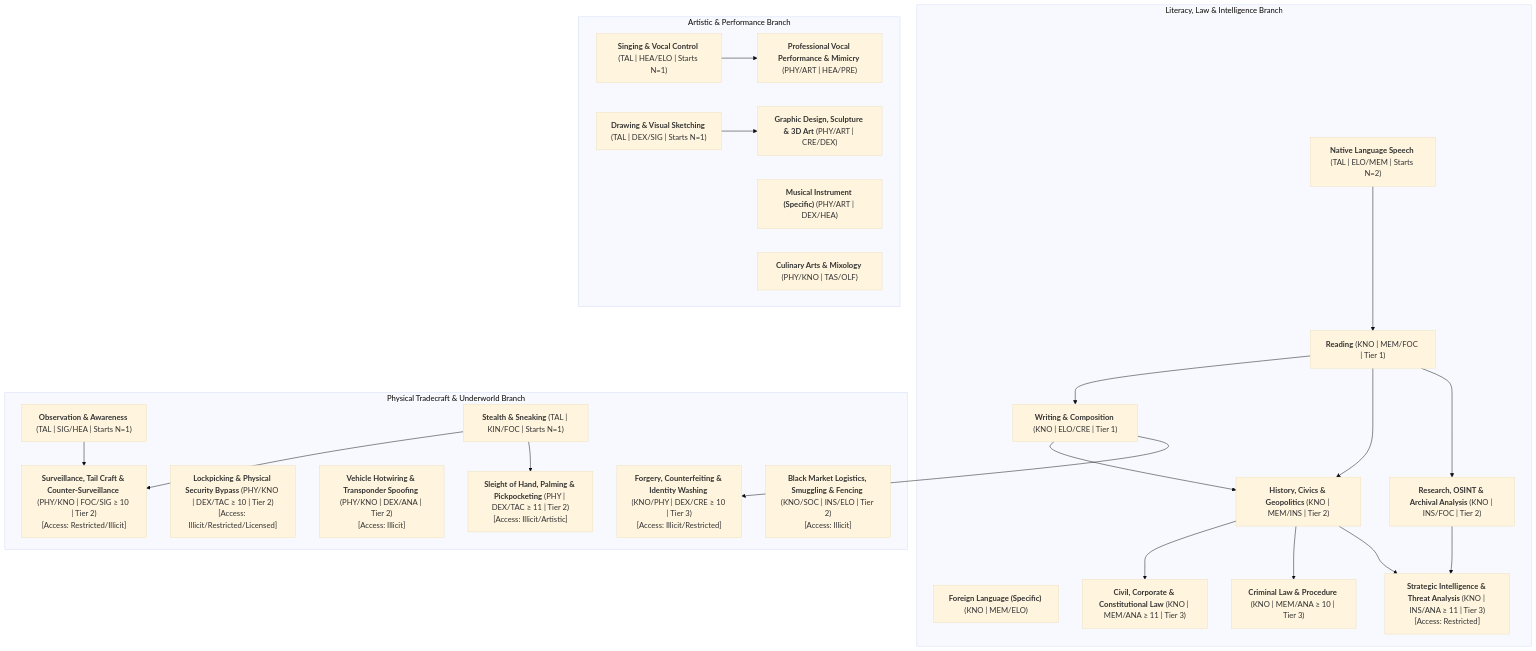
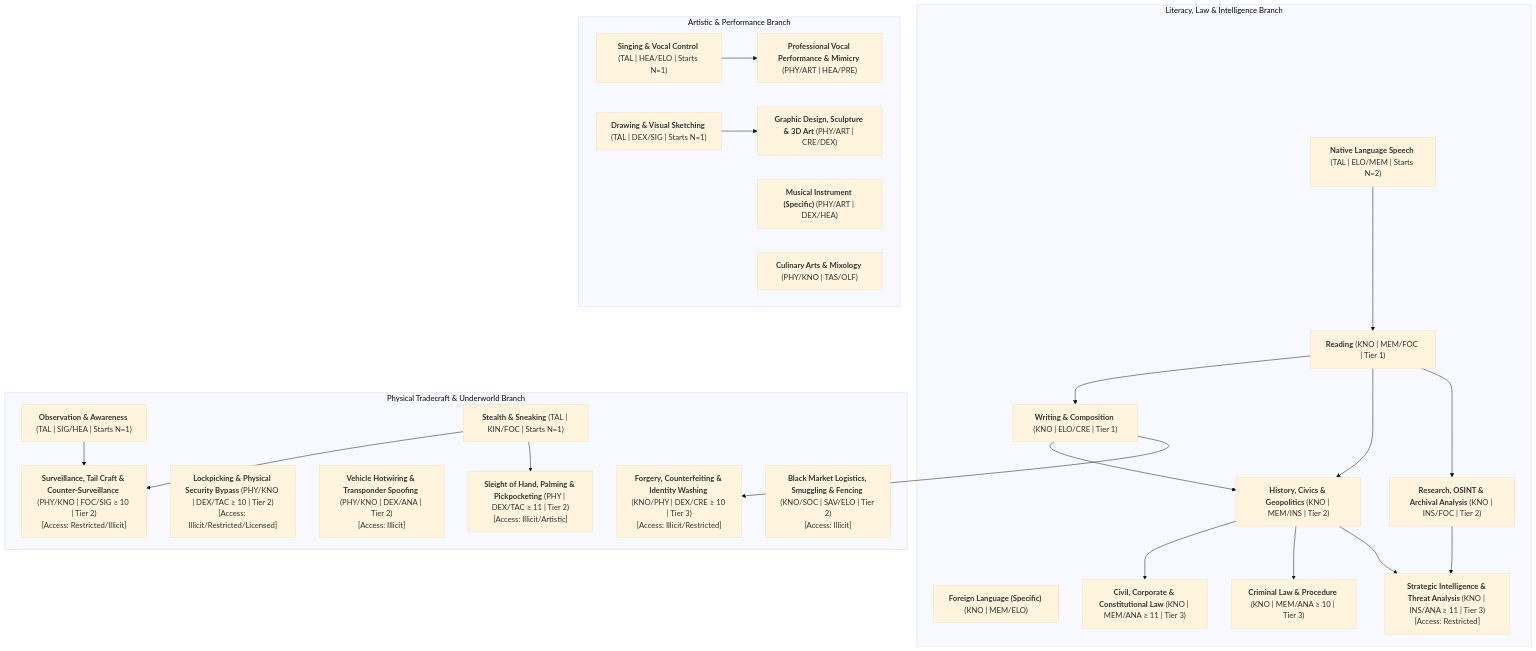
One commit to rarebreed/satya changed the fourth of 4 diagrams in docs/ttrpg/03-character/skills_trees_tactical_and_social.md. Above: the diagram before and after it, drawn with Mermaid (base theme). The commit also changed other lines of this file and 59 other files, not shown here.

````diff
--- a/docs/ttrpg/03-character/skills_trees_tactical_and_social.md
+++ b/docs/ttrpg/03-character/skills_trees_tactical_and_social.md
@@ -251,52 +251,52 @@
 ```mermaid
 flowchart TD
     subgraph LiteracyHumanities["Literacy, Law & Intelligence Branch"]
         Speech["<b>Native Language Speech</b> (TAL | ELO/MEM | Starts N=2)"]
         Read["<b>Reading</b> (KNO | MEM/FOC | Tier 1)"]
         Write["<b>Writing & Composition</b> (KNO | ELO/CRE | Tier 1)"]
         ForeignLang["<b>Foreign Language (Specific)</b> (KNO | MEM/ELO)"]
         Civics["<b>History, Civics & Geopolitics</b> (KNO | MEM/INS | Tier 2)"]
         Research["<b>Research, OSINT & Archival Analysis</b> (KNO | INS/FOC | Tier 2)"]
         LawCiv["<b>Civil, Corporate & Constitutional Law</b> (KNO | MEM/ANA ≥ 11 | Tier 3)"]
         LawCrim["<b>Criminal Law & Procedure</b> (KNO | MEM/ANA ≥ 10 | Tier 3)"]
         IntelAnal["<b>Strategic Intelligence & Threat Analysis</b> (KNO | INS/ANA ≥ 11 | Tier 3)<br/>[Access: Restricted]"]
     end
 
     subgraph TradecraftUnderworld["Physical Tradecraft & Underworld Branch"]
         Observe["<b>Observation & Awareness</b> (TAL | SIG/HEA | Starts N=1)"]
         Stealth["<b>Stealth & Sneaking</b> (TAL | KIN/FOC | Starts N=1)"]
         Sleight["<b>Sleight of Hand, Palming & Pickpocketing</b> (PHY | DEX/TAC ≥ 11 | Tier 2)<br/>[Access: Illicit/Artistic]"]
         Lockpick["<b>Lockpicking & Physical Security Bypass</b> (PHY/KNO | DEX/TAC ≥ 10 | Tier 2)<br/>[Access: Illicit/Restricted/Licensed]"]
         Hotwire["<b>Vehicle Hotwiring & Transponder Spoofing</b> (PHY/KNO | DEX/ANA | Tier 2)<br/>[Access: Illicit]"]
         Forgery["<b>Forgery, Counterfeiting & Identity Washing</b> (KNO/PHY | DEX/CRE ≥ 10 | Tier 3)<br/>[Access: Illicit/Restricted]"]
         Surveil["<b>Surveillance, Tail Craft & Counter-Surveillance</b> (PHY/KNO | FOC/SIG ≥ 10 | Tier 2)<br/>[Access: Restricted/Illicit]"]
-        Fence["<b>Black Market Logistics, Smuggling & Fencing</b> (KNO/SOC | INS/ELO | Tier 2)<br/>[Access: Illicit]"]
+        Fence["<b>Black Market Logistics, Smuggling & Fencing</b> (KNO/SOC | SAV/ELO | Tier 2)<br/>[Access: Illicit]"]
     end
 
     subgraph ArtisticBranch["Artistic & Performance Branch"]
         Sing["<b>Singing & Vocal Control</b> (TAL | HEA/ELO | Starts N=1)"]
         Draw["<b>Drawing & Visual Sketching</b> (TAL | DEX/SIG | Starts N=1)"]
         VocalPerf["<b>Professional Vocal Performance & Mimicry</b> (PHY/ART | HEA/PRE)"]
         Instrument["<b>Musical Instrument (Specific)</b> (PHY/ART | DEX/HEA)"]
         VisualArt["<b>Graphic Design, Sculpture & 3D Art</b> (PHY/ART | CRE/DEX)"]
         Culinary["<b>Culinary Arts & Mixology</b> (PHY/KNO | TAS/OLF)"]
     end
 
     Speech --> Read
     Read --> Write
     Read --> Civics
     Write --> Civics
     Read --> Research
     Civics --> LawCiv
     Civics --> LawCrim
     Research --> IntelAnal
     Civics --> IntelAnal
 
     Observe --> Surveil
     Stealth --> Surveil
     Stealth --> Sleight
     Write --> Forgery
 
     Sing --> VocalPerf
     Draw --> VisualArt
 ```
````
